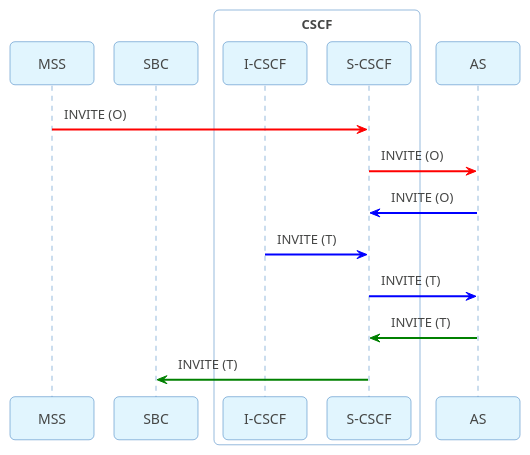
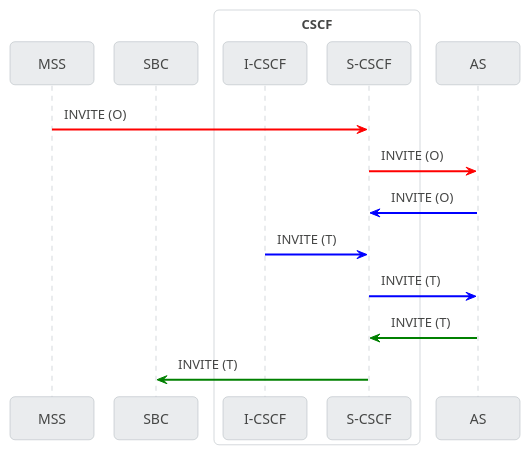
One commit to marcelofpfelix/plantuml-diagrams changed the diagram in voip/ims1.puml. Above: the diagram before and after it, drawn with PlantUML.

Commit message:
Update ims1.puml
edit theme

```diff
--- a/voip/ims1.puml
+++ b/voip/ims1.puml
@@ -3,50 +1,51 @@
 @startuml
 skinparam ParticipantPadding 5
 skinparam BoxPadding 5
 skinparam Padding 5
 skinparam sequenceArrowThickness 2
 skinparam roundcorner 10
 skinparam maxmessagesize 200
 skinparam shadowing false
 skinparam DefaultFontColor #454645
-skinparam NoteBorderColor #2D74BA
-skinparam NoteBackgroundColor #FFFFFF
-skinparam DatabaseBorderColor #2D74BA
-skinparam DatabaseBackgroundColor #E1F5FE
+skinparam NoteBorderColor #B7950B
+skinparam NoteBackgroundColor #FCF3CF
+skinparam DatabaseBorderColor #ABB2B9
+skinparam DatabaseBackgroundColor #EAECEE
 skinparam minClassWidth 70
+
 skinparam sequence {
-ArrowColor #00b2e2
+ArrowColor #454645
 ArrowThickness 2
 
-DividerBorderColor #2D74BA
+DividerBorderColor #ABB2B9
 DividerBackgroundColor #FFFFFF
 
-ActorBorderColor #2D74BA
-ActorBackgroundColor #E1F5FE
+ActorBorderColor #ABB2B9
+ActorBackgroundColor #EAECEE
 
-LifeLineBorderColor #2D74BA
-LifeLineBackgroundColor #E1F5FE
+LifeLineBorderColor #ABB2B9
+LifeLineBackgroundColor #EAECEE
 
-ParticipantBorderColor #2D74BA
-ParticipantBackgroundColor #E1F5FE
+ParticipantBorderColor #ABB2B9
+ParticipantBackgroundColor #EAECEE
 
-BoxBorderColor #2D74BA
+BoxBorderColor #ABB2B9
 BoxBackgroundColor #FFFFFF
 }
 
 participant MSS
 participant SBC
 box "CSCF"
   participant "I-CSCF"
   participant "S-CSCF"
 end box
 
 MSS      [#red]->     "S-CSCF":  INVITE (O)
 "S-CSCF" [#red]->     AS:        INVITE (O)
 AS       [#blue]->    "S-CSCF":  INVITE (O)
 "I-CSCF" [#blue]->    "S-CSCF":  INVITE (T)
 "S-CSCF" [#blue]->    AS:        INVITE (T)
 AS       [#green]->   "S-CSCF":  INVITE (T)
 "S-CSCF" [#green]->    SBC:      INVITE (T)
 
 @enduml
```
